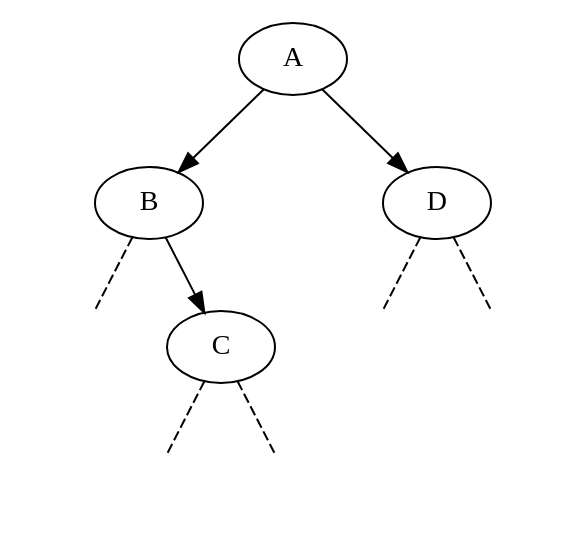
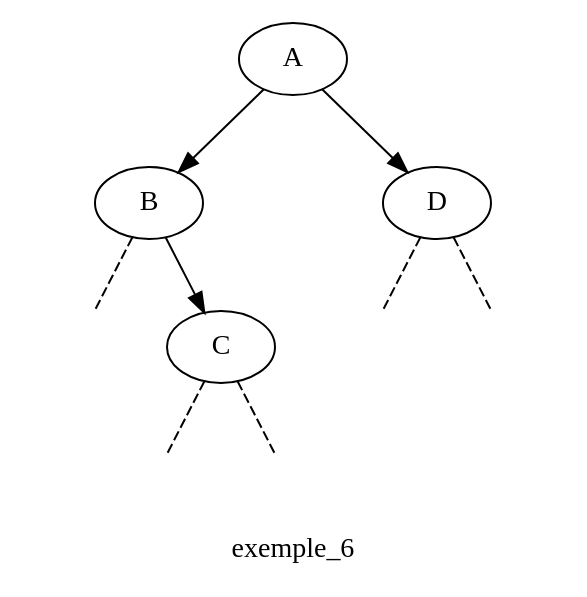
Before and after one commit to FranckCHAMBON/ClasseVirtuelle: the sixth of 6 diagrams in Term_NSI/cours/3-Arbres/1-arbre.md, drawn with Graphviz. The commit also changed other lines of this file and 1 other file, not shown here.

````diff
--- a/Term_NSI/cours/3-Arbres/1-arbre.md
+++ b/Term_NSI/cours/3-Arbres/1-arbre.md
@@ -311,19 +340,20 @@
 ```dot
 digraph expression
 {
+    label = "exemple_6"
     "A" -> "B" [weight=0.75];
     "A" -> "D" [weight=0.75];
     "Bg" [label="",shape=plaintext]
     "B" -> "Bg" [style=dashed, arrowhead=none];
     "B" -> "C";
     "Cg" [label="",shape=plaintext]
     "C" -> "Cg" [style=dashed, arrowhead=none];
     "Cd" [label="",shape=plaintext]
     "C" -> "Cd" [style=dashed, arrowhead=none];
     "Dg" [label="",shape=plaintext]
     "D" -> "Dg" [style=dashed, arrowhead=none];
     "Dd" [label="",shape=plaintext]
     "D" -> "Dd" [style=dashed, arrowhead=none];
     
 }
 ```
````
